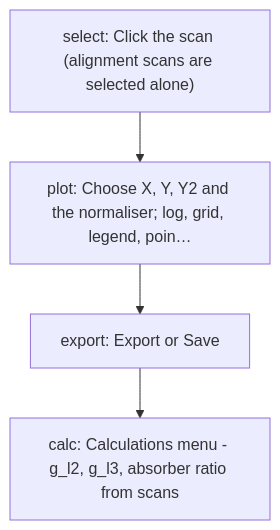
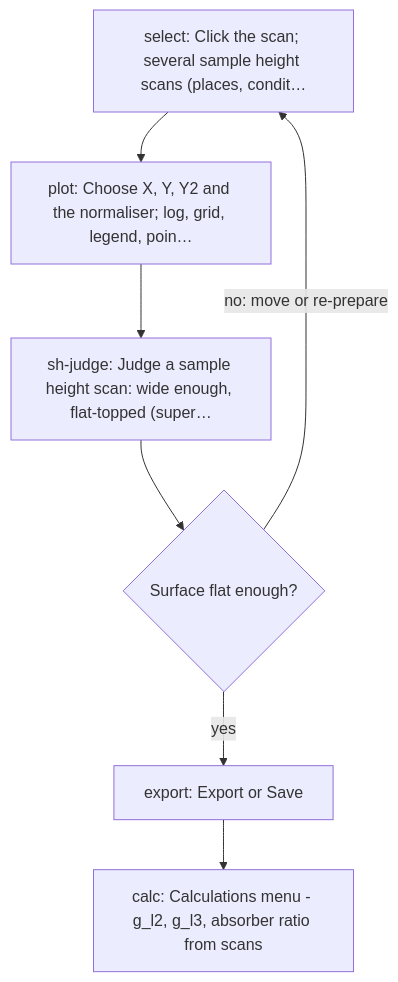
Before and after one commit to Dave-J-W/LSS_Reader2: diagram 11 of 14 in docs/gui/workflows.md, drawn with Mermaid. The commit also changed other lines of this file and 9 other files, not shown here.

````diff
--- a/docs/gui/workflows.md
+++ b/docs/gui/workflows.md
@@ -470,11 +549,16 @@
 ```mermaid
 flowchart TD
-    align_select["select: Click the scan (alignment scans are selected alone)"]
+    align_select["select: Click the scan; several sample height scans (places, condit…"]
     align_plot["plot: Choose X, Y, Y2 and the normaliser; log, grid, legend, poin…"]
+    align_sh_judge["sh-judge: Judge a sample height scan: wide enough, flat-topped (super…"]
+    align_sh_judge_d{"Surface flat enough?"}
     align_export["export: Export or Save"]
     align_calc["calc: Calculations menu - g_l2, g_l3, absorber ratio from scans"]
     align_select --> align_plot
-    align_plot --> align_export
+    align_plot --> align_sh_judge
+    align_sh_judge --> align_sh_judge_d
+    align_sh_judge_d -- "no: move or re-prepare" --> align_select
+    align_sh_judge_d -- "yes" --> align_export
     align_export --> align_calc
     classDef auto fill:#e6f4ea,stroke:#4a8;
 ```
````
